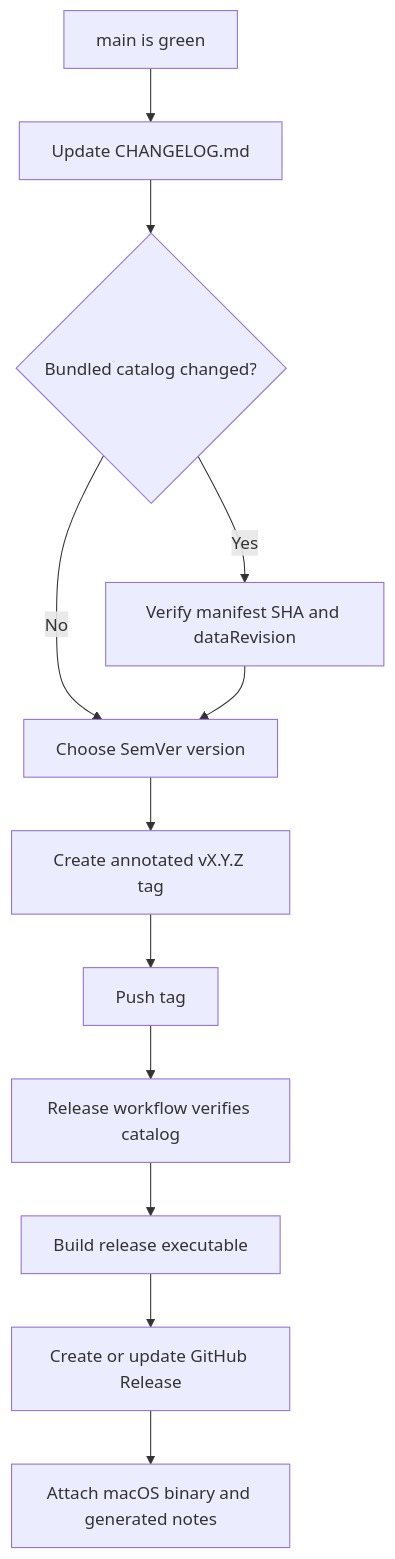
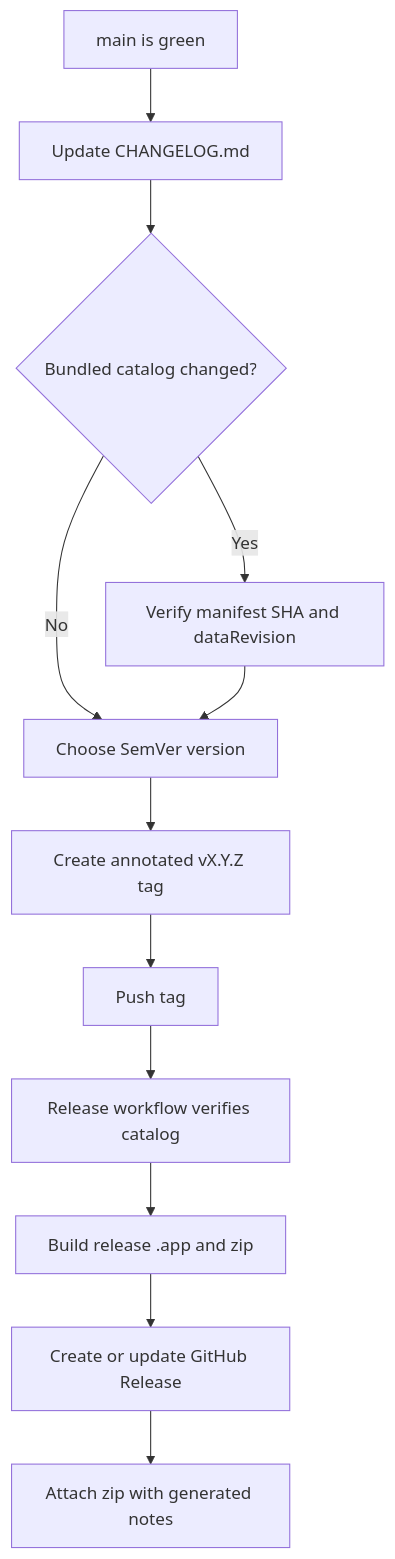
The first of 3 diagrams in RELEASING.md (roto31/Mister-Rogers-Episode-Renamer), drawn with Mermaid before and after one commit. The commit also changed other lines of this file and 15 other files, not shown here.

Commit message:
Add MacApp Xcode project and align CI with self-hosted runners.

````diff
--- a/RELEASING.md
+++ b/RELEASING.md
@@ -12,14 +12,14 @@
 ```mermaid
 flowchart TD
     A[main is green] --> B[Update CHANGELOG.md]
     B --> C{Bundled catalog changed?}
     C -->|Yes| D[Verify manifest SHA and dataRevision]
     C -->|No| E[Choose SemVer version]
     D --> E
     E --> F[Create annotated vX.Y.Z tag]
     F --> G[Push tag]
     G --> H[Release workflow verifies catalog]
-    H --> I[Build release executable]
+    H --> I[Build release .app and zip]
     I --> J[Create or update GitHub Release]
-    J --> K[Attach macOS binary and generated notes]
+    J --> K[Attach zip with generated notes]
 ```
````
